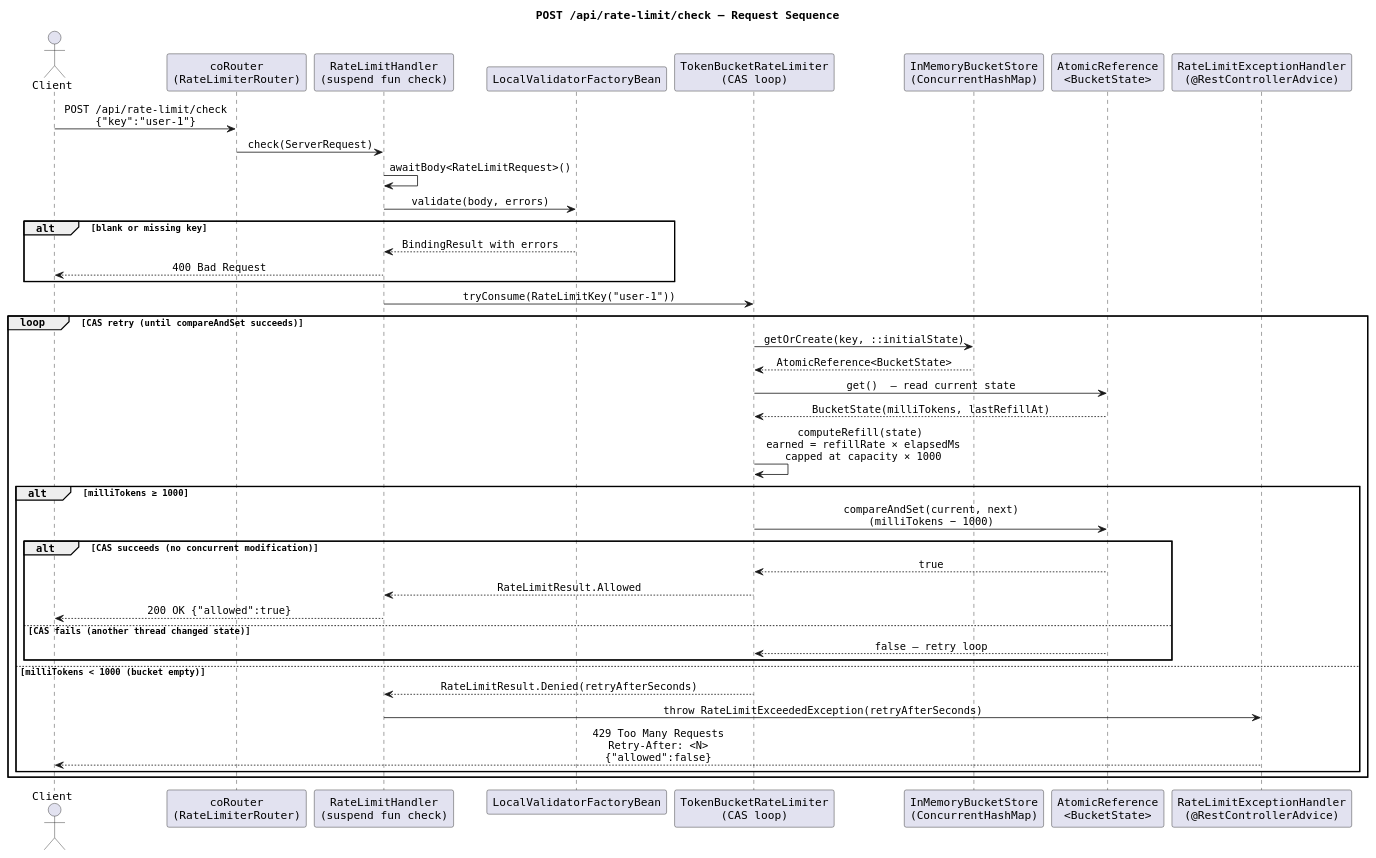
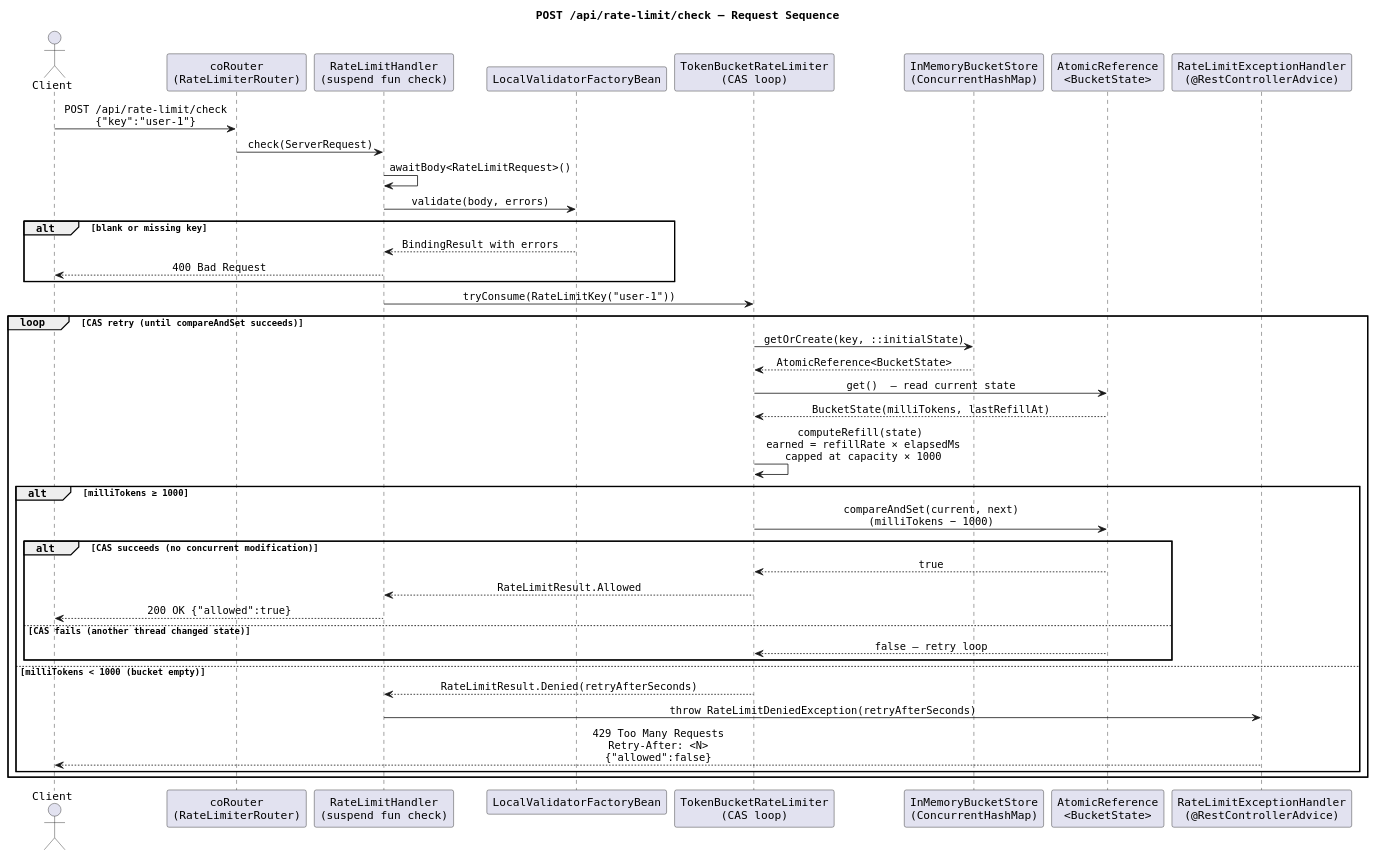
Before and after one commit to tompais/iol-system-design-implementation-challenge: the diagram in diagrams/sequence-check.puml, drawn with PlantUML. The commit also changed 3 other files, not shown here.

Commit message:
fix: reverse Mermaid implements arrows and correct exception names in docs/diagrams

```diff
--- a/diagrams/sequence-check.puml
+++ b/diagrams/sequence-check.puml
@@ -1,50 +1,50 @@
 @startuml rate-limiter-sequence-check
 !pragma layout smetana
 title POST /api/rate-limit/check — Request Sequence
 
 skinparam defaultFontName Monospaced
 skinparam sequenceMessageAlign center
 
 actor Client
 participant "coRouter\n(RateLimiterRouter)" as Router
 participant "RateLimitHandler\n(suspend fun check)" as Handler
 participant "LocalValidatorFactoryBean" as Validator
 participant "TokenBucketRateLimiter\n(CAS loop)" as Limiter
 participant "InMemoryBucketStore\n(ConcurrentHashMap)" as Store
 participant "AtomicReference\n<BucketState>" as Ref
 participant "RateLimitExceptionHandler\n(@RestControllerAdvice)" as EH
 
 Client -> Router : POST /api/rate-limit/check\n{"key":"user-1"}
 Router -> Handler : check(ServerRequest)
 
 Handler -> Handler : awaitBody<RateLimitRequest>()
 Handler -> Validator : validate(body, errors)
 alt blank or missing key
     Validator --> Handler : BindingResult with errors
     Handler --> Client : 400 Bad Request
 end
 
 Handler -> Limiter : tryConsume(RateLimitKey("user-1"))
 
 loop CAS retry (until compareAndSet succeeds)
     Limiter -> Store : getOrCreate(key, ::initialState)
     Store --> Limiter : AtomicReference<BucketState>
     Limiter -> Ref : get()  — read current state
     Ref --> Limiter : BucketState(milliTokens, lastRefillAt)
     Limiter -> Limiter : computeRefill(state)\n earned = refillRate × elapsedMs\n capped at capacity × 1000
     alt milliTokens ≥ 1000
         Limiter -> Ref : compareAndSet(current, next)\n(milliTokens − 1000)
         alt CAS succeeds (no concurrent modification)
             Ref --> Limiter : true
             Limiter --> Handler : RateLimitResult.Allowed
             Handler --> Client : 200 OK {"allowed":true}
         else CAS fails (another thread changed state)
             Ref --> Limiter : false — retry loop
         end
     else milliTokens < 1000 (bucket empty)
         Limiter --> Handler : RateLimitResult.Denied(retryAfterSeconds)
-        Handler -> EH : throw RateLimitExceededException(retryAfterSeconds)
+        Handler -> EH : throw RateLimitDeniedException(retryAfterSeconds)
         EH --> Client : 429 Too Many Requests\nRetry-After: <N>\n{"allowed":false}
     end
 end
 @enduml
```
